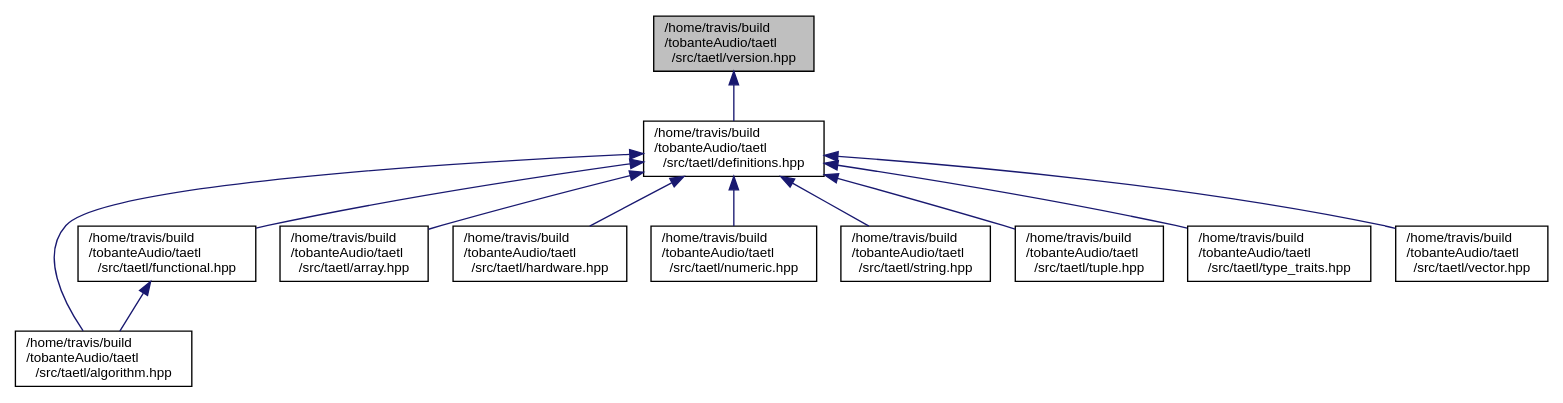
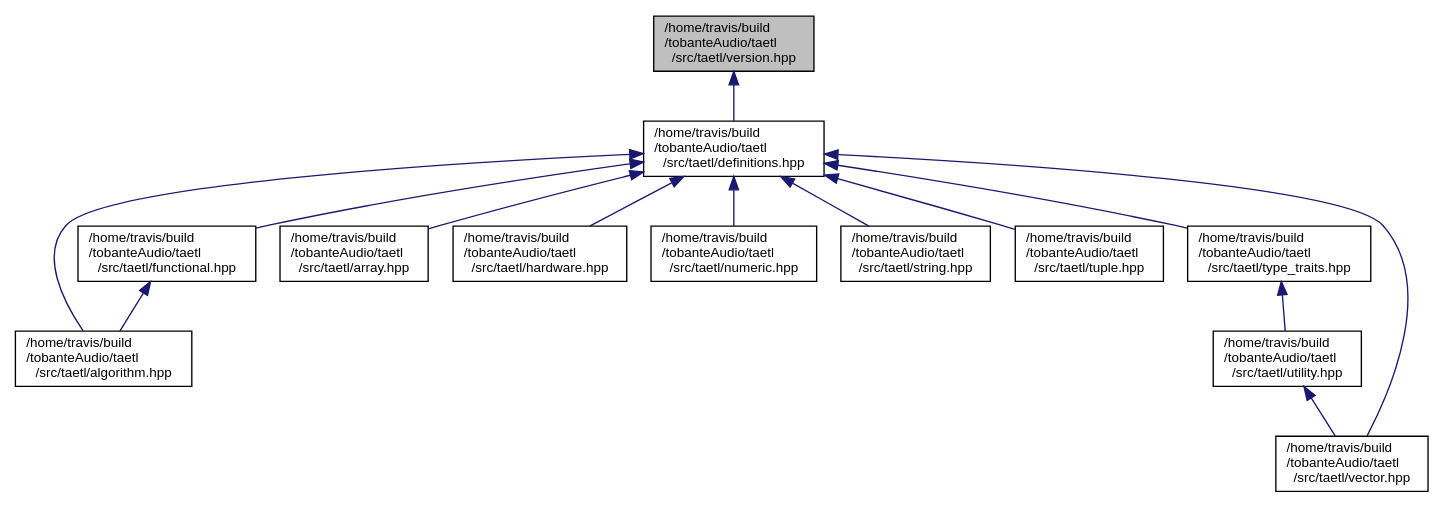
Before and after one commit to tobanteAudio/taetl: the diagram in version_8hpp__dep__incl.dot, drawn with Graphviz. The commit also changed 82 other files, not shown here.

Commit message:
Deploy tobanteAudio/taetl to github.com/tobanteAudio/taetl.git:gh-pages

```diff
--- a/version_8hpp__dep__incl.dot
+++ b/version_8hpp__dep__incl.dot
@@ -1,27 +1,30 @@
 digraph "/home/travis/build/tobanteAudio/taetl/src/taetl/version.hpp"
 {
   edge [fontname="Helvetica",fontsize="10",labelfontname="Helvetica",labelfontsize="10"];
   node [fontname="Helvetica",fontsize="10",shape=record];
   Node1 [label="/home/travis/build\l/tobanteAudio/taetl\l/src/taetl/version.hpp",height=0.2,width=0.4,color="black", fillcolor="grey75", style="filled", fontcolor="black"];
   Node1 -> Node2 [dir="back",color="midnightblue",fontsize="10",style="solid",fontname="Helvetica"];
   Node2 [label="/home/travis/build\l/tobanteAudio/taetl\l/src/taetl/definitions.hpp",height=0.2,width=0.4,color="black", fillcolor="white", style="filled",URL="$definitions_8hpp.html"];
   Node2 -> Node3 [dir="back",color="midnightblue",fontsize="10",style="solid",fontname="Helvetica"];
   Node3 [label="/home/travis/build\l/tobanteAudio/taetl\l/src/taetl/algorithm.hpp",height=0.2,width=0.4,color="black", fillcolor="white", style="filled",URL="$algorithm_8hpp.html"];
   Node2 -> Node4 [dir="back",color="midnightblue",fontsize="10",style="solid",fontname="Helvetica"];
   Node4 [label="/home/travis/build\l/tobanteAudio/taetl\l/src/taetl/functional.hpp",height=0.2,width=0.4,color="black", fillcolor="white", style="filled",URL="$functional_8hpp.html"];
   Node4 -> Node3 [dir="back",color="midnightblue",fontsize="10",style="solid",fontname="Helvetica"];
   Node2 -> Node5 [dir="back",color="midnightblue",fontsize="10",style="solid",fontname="Helvetica"];
   Node5 [label="/home/travis/build\l/tobanteAudio/taetl\l/src/taetl/array.hpp",height=0.2,width=0.4,color="black", fillcolor="white", style="filled",URL="$array_8hpp.html"];
   Node2 -> Node6 [dir="back",color="midnightblue",fontsize="10",style="solid",fontname="Helvetica"];
   Node6 [label="/home/travis/build\l/tobanteAudio/taetl\l/src/taetl/hardware.hpp",height=0.2,width=0.4,color="black", fillcolor="white", style="filled",URL="$hardware_8hpp.html"];
   Node2 -> Node7 [dir="back",color="midnightblue",fontsize="10",style="solid",fontname="Helvetica"];
   Node7 [label="/home/travis/build\l/tobanteAudio/taetl\l/src/taetl/numeric.hpp",height=0.2,width=0.4,color="black", fillcolor="white", style="filled",URL="$numeric_8hpp.html"];
   Node2 -> Node8 [dir="back",color="midnightblue",fontsize="10",style="solid",fontname="Helvetica"];
   Node8 [label="/home/travis/build\l/tobanteAudio/taetl\l/src/taetl/string.hpp",height=0.2,width=0.4,color="black", fillcolor="white", style="filled",URL="$string_8hpp.html"];
   Node2 -> Node9 [dir="back",color="midnightblue",fontsize="10",style="solid",fontname="Helvetica"];
   Node9 [label="/home/travis/build\l/tobanteAudio/taetl\l/src/taetl/tuple.hpp",height=0.2,width=0.4,color="black", fillcolor="white", style="filled",URL="$tuple_8hpp.html"];
   Node2 -> Node10 [dir="back",color="midnightblue",fontsize="10",style="solid",fontname="Helvetica"];
   Node10 [label="/home/travis/build\l/tobanteAudio/taetl\l/src/taetl/type_traits.hpp",height=0.2,width=0.4,color="black", fillcolor="white", style="filled",URL="$type__traits_8hpp.html"];
-  Node2 -> Node11 [dir="back",color="midnightblue",fontsize="10",style="solid",fontname="Helvetica"];
-  Node11 [label="/home/travis/build\l/tobanteAudio/taetl\l/src/taetl/vector.hpp",height=0.2,width=0.4,color="black", fillcolor="white", style="filled",URL="$vector_8hpp.html"];
+  Node10 -> Node11 [dir="back",color="midnightblue",fontsize="10",style="solid",fontname="Helvetica"];
+  Node11 [label="/home/travis/build\l/tobanteAudio/taetl\l/src/taetl/utility.hpp",height=0.2,width=0.4,color="black", fillcolor="white", style="filled",URL="$utility_8hpp.html"];
+  Node11 -> Node12 [dir="back",color="midnightblue",fontsize="10",style="solid",fontname="Helvetica"];
+  Node12 [label="/home/travis/build\l/tobanteAudio/taetl\l/src/taetl/vector.hpp",height=0.2,width=0.4,color="black", fillcolor="white", style="filled",URL="$vector_8hpp.html"];
+  Node2 -> Node12 [dir="back",color="midnightblue",fontsize="10",style="solid",fontname="Helvetica"];
 }
```
